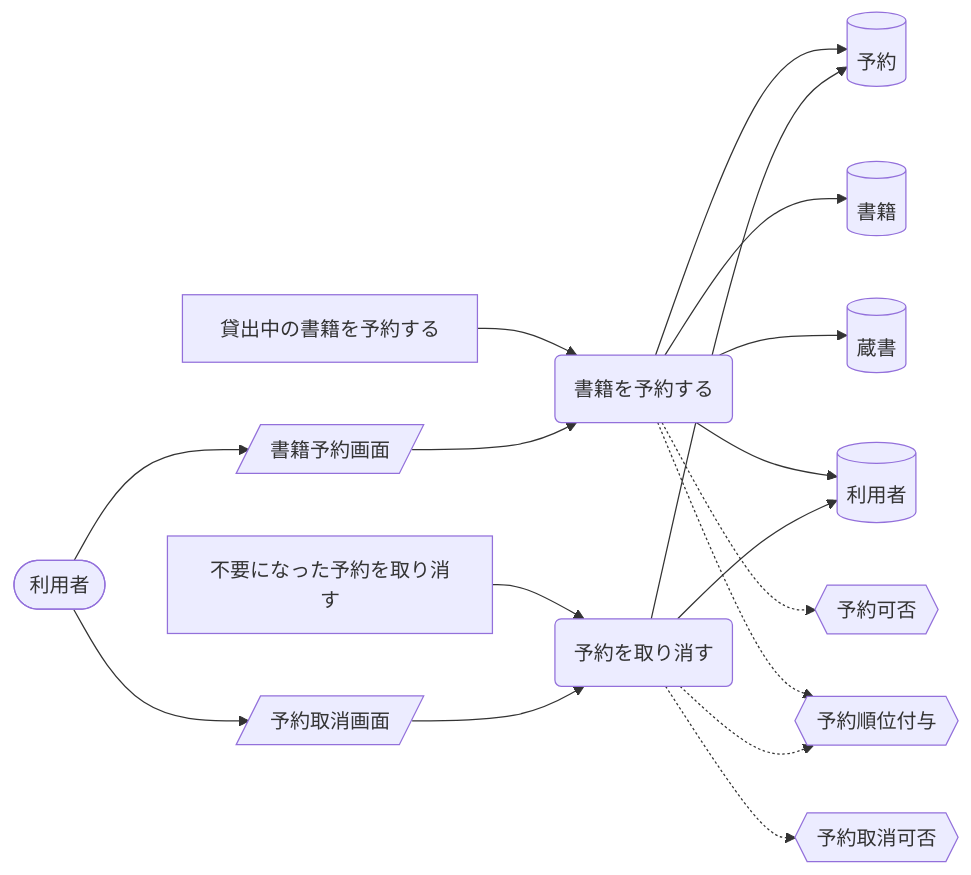
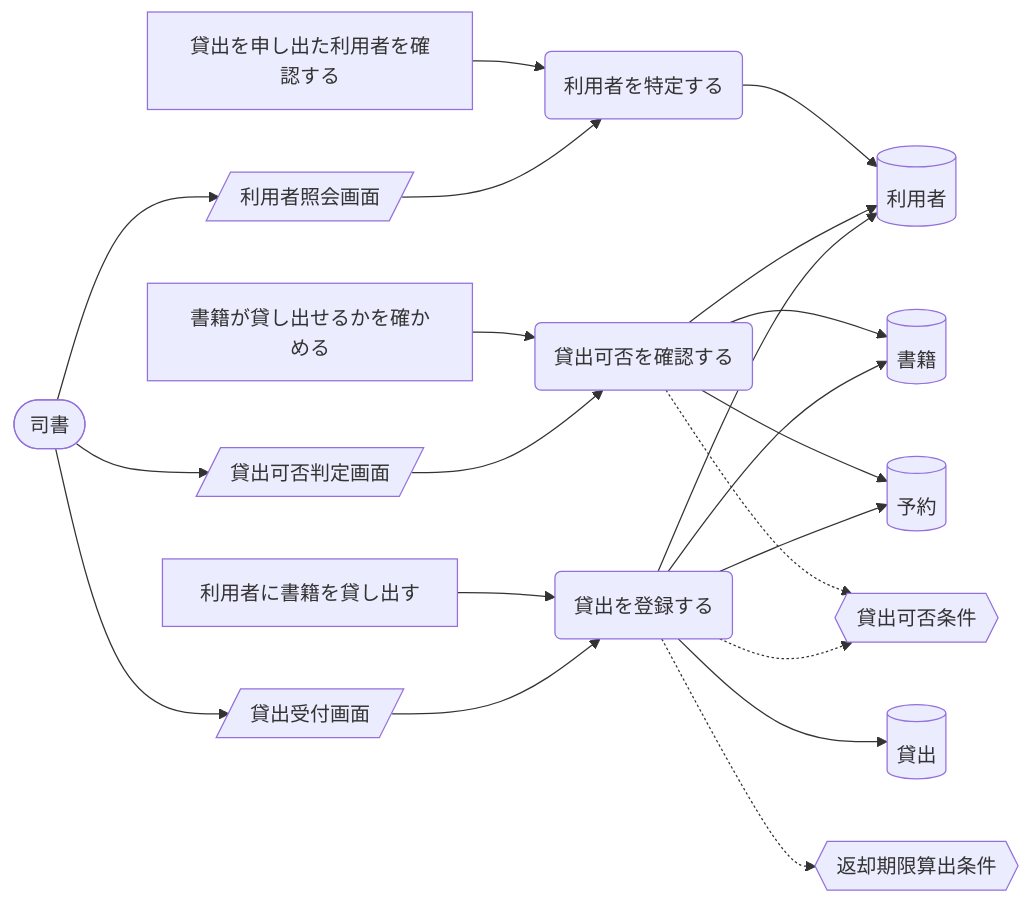
One commit to suwa-sh/suwa-sh-claude-plugins changed the fifth of 9 diagrams in samples/distillery2/library-loan/docs/requirements/rdra/views/04_UC複合図.md. Above: the diagram before and after it, drawn with Mermaid. The commit also changed other lines of this file and 249 other files, not shown here.

````diff
--- a/samples/distillery2/library-loan/docs/requirements/rdra/views/04_UC複合図.md
+++ b/samples/distillery2/library-loan/docs/requirements/rdra/views/04_UC複合図.md
@@ -226,33 +179,39 @@
 ```mermaid
 graph LR
-  UC1("書籍を予約する")
-  AT1["貸出中の書籍を予約する"]
-  IF1[("予約")]
+  UC1("利用者を特定する")
+  AT1["貸出を申し出た利用者を確認する"]
+  IF1[("利用者")]
+  SC1[/"利用者照会画面"/]
+  AC1(["司書"])
+  UC2("貸出可否を確認する")
+  AT2["書籍が貸し出せるかを確かめる"]
   IF2[("書籍")]
-  IF3[("蔵書")]
-  IF4[("利用者")]
-  CD1{{"予約可否"}}
-  CD2{{"予約順位付与"}}
-  SC1[/"書籍予約画面"/]
-  AC1(["利用者"])
-  UC2("予約を取り消す")
-  AT2["不要になった予約を取り消す"]
-  CD3{{"予約取消可否"}}
-  SC2[/"予約取消画面"/]
+  IF3[("予約")]
+  CD1{{"貸出可否条件"}}
+  SC2[/"貸出可否判定画面"/]
+  UC3("貸出を登録する")
+  AT3["利用者に書籍を貸し出す"]
+  IF4[("貸出")]
+  CD2{{"返却期限算出条件"}}
+  SC3[/"貸出受付画面"/]
   AT1 --> UC1
   UC1 --> IF1
-  UC1 --> IF2
-  UC1 --> IF3
-  UC1 --> IF4
-  UC1 -.-> CD1
-  UC1 -.-> CD2
   AC1 --> SC1
   SC1 --> UC1
   AT2 --> UC2
+  UC2 --> IF2
+  UC2 --> IF3
   UC2 --> IF1
-  UC2 --> IF4
-  UC2 -.-> CD3
-  UC2 -.-> CD2
+  UC2 -.-> CD1
   AC1 --> SC2
   SC2 --> UC2
+  AT3 --> UC3
+  UC3 --> IF4
+  UC3 --> IF2
+  UC3 --> IF1
+  UC3 --> IF3
+  UC3 -.-> CD1
+  UC3 -.-> CD2
+  AC1 --> SC3
+  SC3 --> UC3
 ```
````
